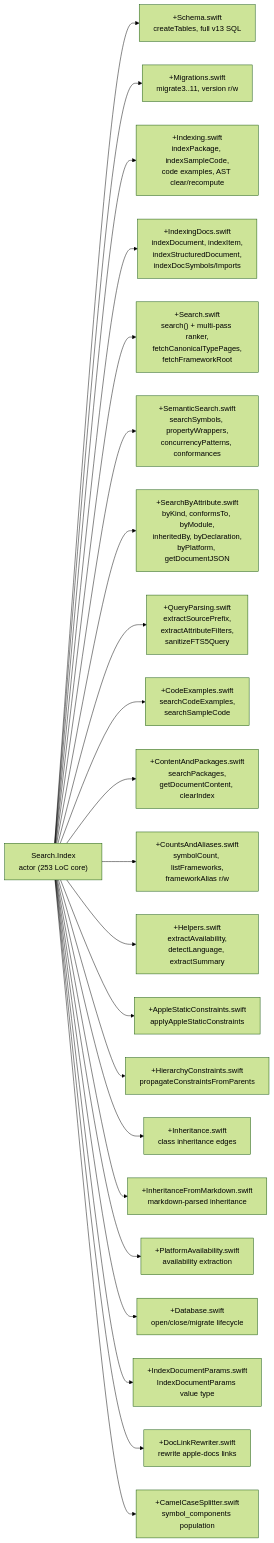
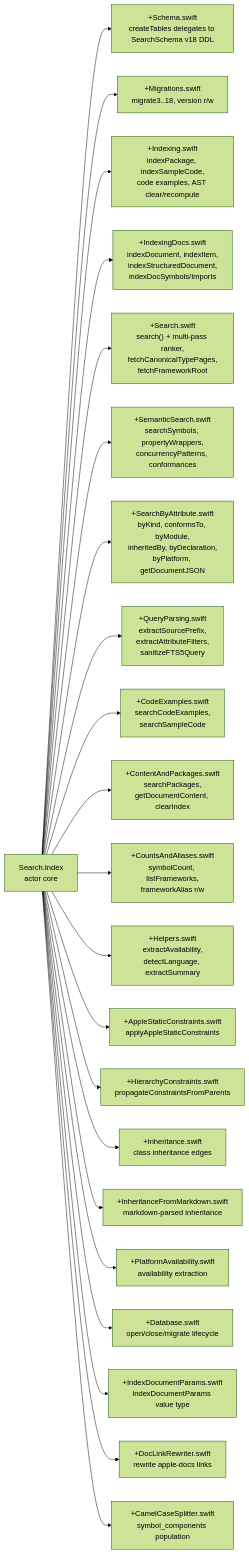
The second of 3 diagrams in docs/ARCHITECTURE.md (mihaelamj/cupertino), drawn with Mermaid (forest theme) before and after one commit. The commit also changed other lines of this file and 73 other files, not shown here.

````diff
--- a/docs/ARCHITECTURE.md
+++ b/docs/ARCHITECTURE.md
@@ -140,26 +140,26 @@
 ```mermaid
 flowchart LR
-    Idx["Search.Index<br/>actor (253 LoC core)"]
+    Idx["Search.Index<br/>actor core"]
 
-    Idx --> Schema["+Schema.swift<br/>createTables, full v13 SQL"]
-    Idx --> Migr["+Migrations.swift<br/>migrate3..11, version r/w"]
+    Idx --> Schema["+Schema.swift<br/>createTables delegates to SearchSchema v18 DDL"]
+    Idx --> Migr["+Migrations.swift<br/>migrate3..18, version r/w"]
     Idx --> IxP["+Indexing.swift<br/>indexPackage, indexSampleCode,<br/>code examples, AST clear/recompute"]
     Idx --> IxD["+IndexingDocs.swift<br/>indexDocument, indexItem,<br/>indexStructuredDocument,<br/>indexDocSymbols/Imports"]
     Idx --> Sch["+Search.swift<br/>search() + multi-pass ranker,<br/>fetchCanonicalTypePages,<br/>fetchFrameworkRoot"]
     Idx --> Sem["+SemanticSearch.swift<br/>searchSymbols, propertyWrappers,<br/>concurrencyPatterns, conformances"]
     Idx --> Attr["+SearchByAttribute.swift<br/>byKind, conformsTo, byModule,<br/>inheritedBy, byDeclaration,<br/>byPlatform, getDocumentJSON"]
     Idx --> QP["+QueryParsing.swift<br/>extractSourcePrefix,<br/>extractAttributeFilters,<br/>sanitizeFTS5Query"]
     Idx --> Code["+CodeExamples.swift<br/>searchCodeExamples,<br/>searchSampleCode"]
     Idx --> Cont["+ContentAndPackages.swift<br/>searchPackages,<br/>getDocumentContent, clearIndex"]
     Idx --> Cnt["+CountsAndAliases.swift<br/>symbolCount, listFrameworks,<br/>frameworkAlias r/w"]
     Idx --> Hlp["+Helpers.swift<br/>extractAvailability,<br/>detectLanguage, extractSummary"]
     Idx --> ACS["+AppleStaticConstraints.swift<br/>applyAppleStaticConstraints"]
     Idx --> HCS["+HierarchyConstraints.swift<br/>propagateConstraintsFromParents"]
     Idx --> Inh["+Inheritance.swift<br/>class inheritance edges"]
     Idx --> InhMD["+InheritanceFromMarkdown.swift<br/>markdown-parsed inheritance"]
     Idx --> PA["+PlatformAvailability.swift<br/>availability extraction"]
     Idx --> DB["+Database.swift<br/>open/close/migrate lifecycle"]
     Idx --> IDP["+IndexDocumentParams.swift<br/>IndexDocumentParams value type"]
     Idx --> DLR["+DocLinkRewriter.swift<br/>rewrite apple-docs links"]
     Idx --> CS["+CamelCaseSplitter.swift<br/>symbol_components population"]
 ```
````
